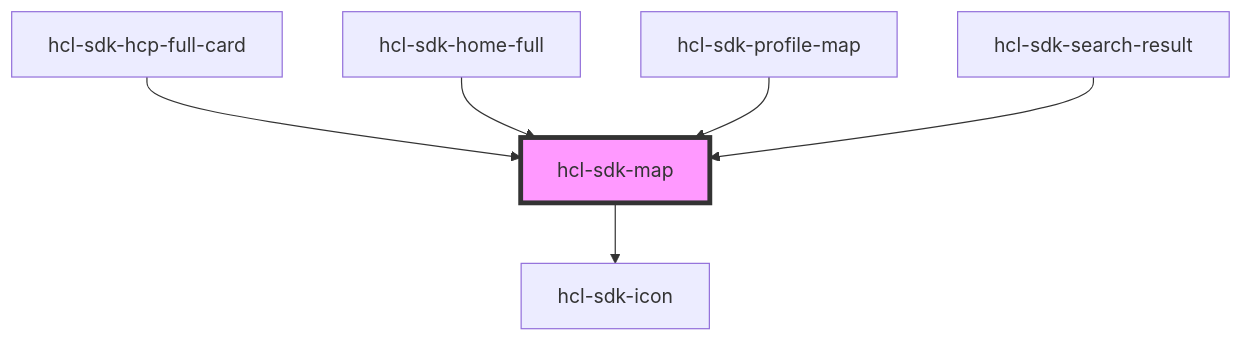
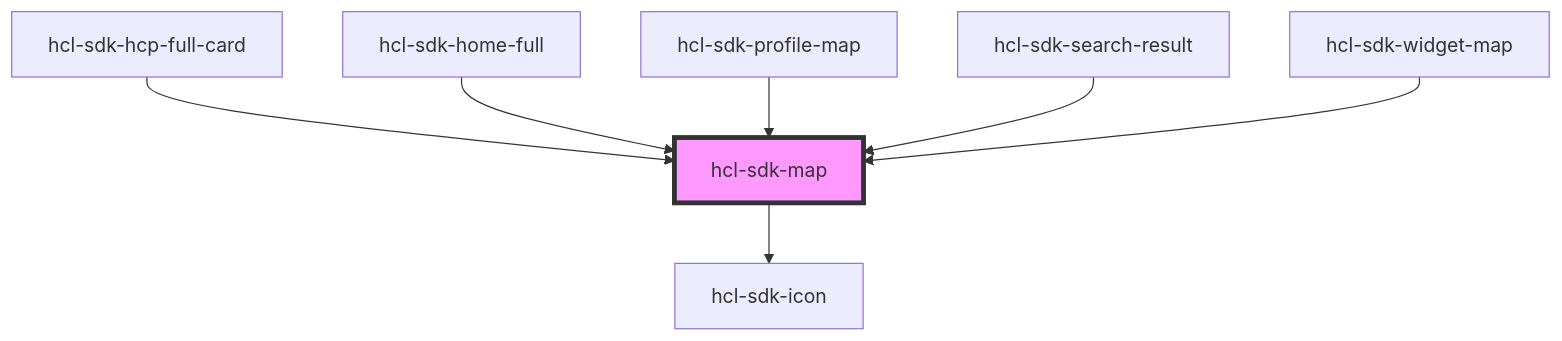
The diagram in packages/hcl-sdk-web-ui/docs/components/ui-kits/hcl-sdk-map/readme.md (hcl-sdk/HealthCareLocatorWebSDK), drawn with Mermaid before and after one commit. The commit also changed other lines of this file and 27 other files, not shown here.

Commit message:
feat(sdk-464): add configuration to allow users to set map-only widget mode

````diff
--- a/packages/hcl-sdk-web-ui/docs/components/ui-kits/hcl-sdk-map/readme.md
+++ b/packages/hcl-sdk-web-ui/docs/components/ui-kits/hcl-sdk-map/readme.md
@@ -54,9 +55,10 @@
 ```mermaid
 graph TD;
   hcl-sdk-map --> hcl-sdk-icon
   hcl-sdk-hcp-full-card --> hcl-sdk-map
   hcl-sdk-home-full --> hcl-sdk-map
   hcl-sdk-profile-map --> hcl-sdk-map
   hcl-sdk-search-result --> hcl-sdk-map
+  hcl-sdk-widget-map --> hcl-sdk-map
   style hcl-sdk-map fill:#f9f,stroke:#333,stroke-width:4px
 ```
````
